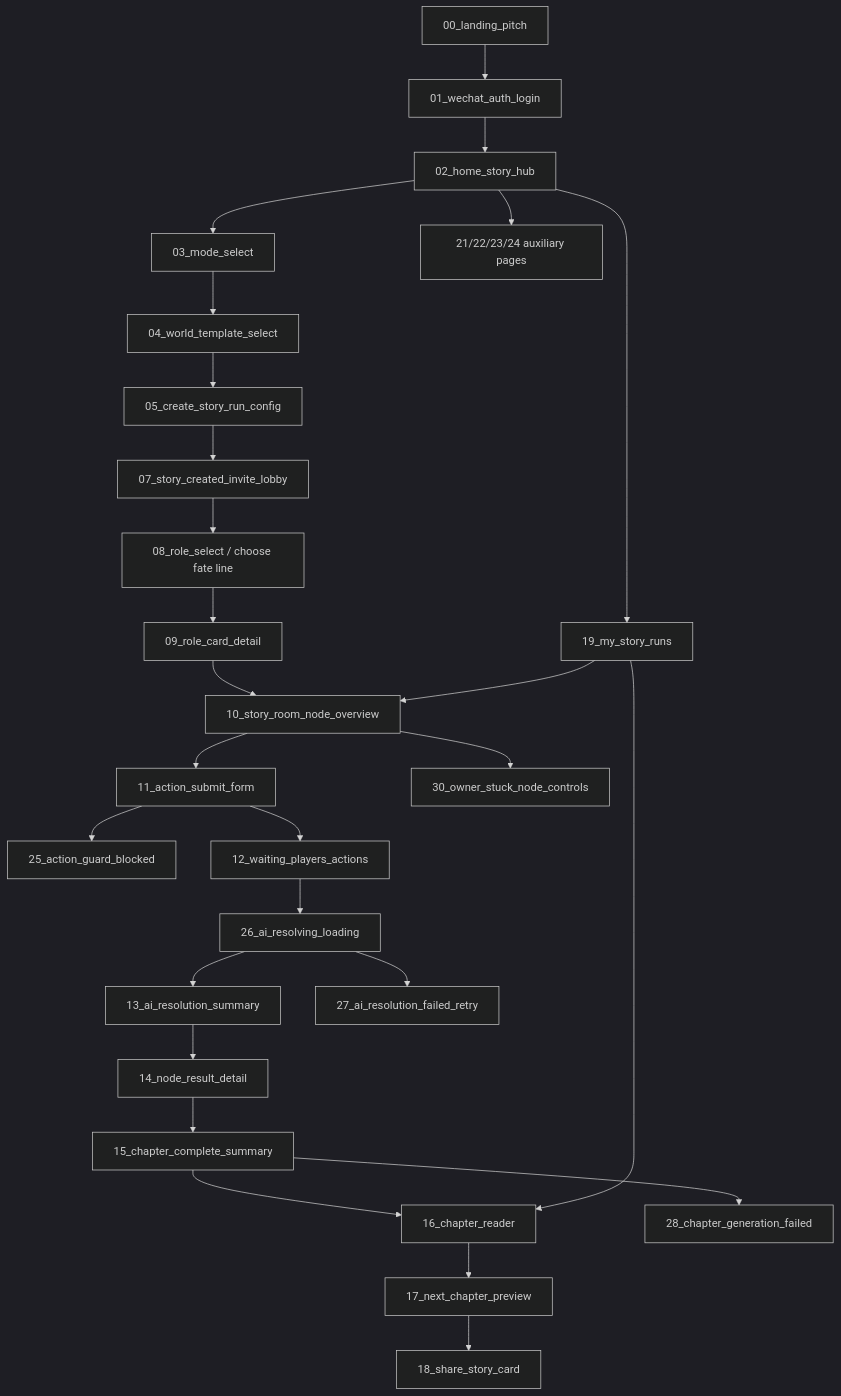
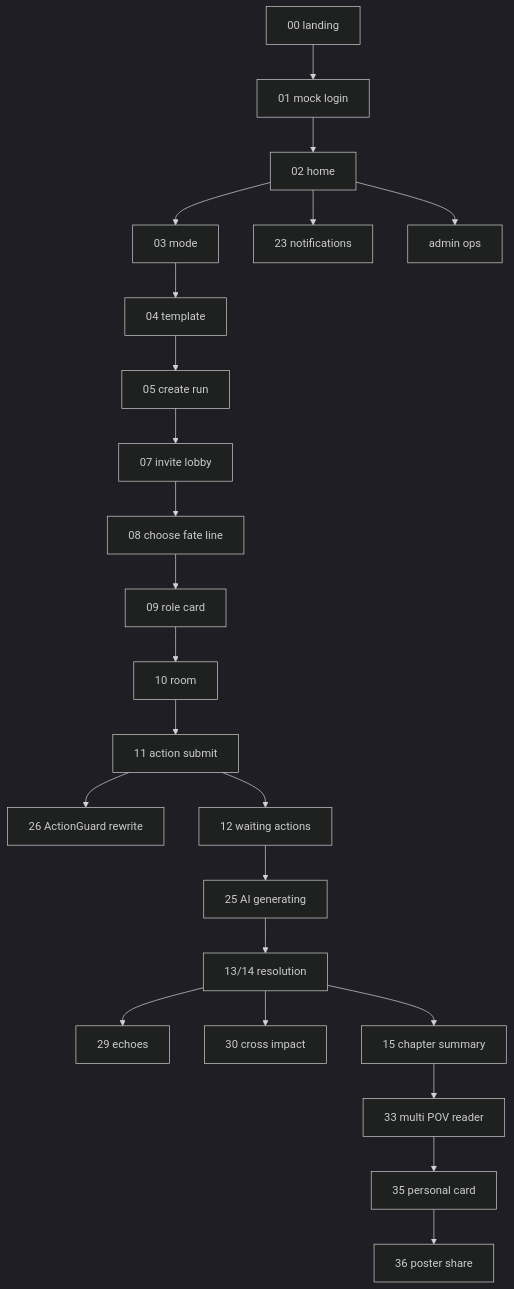
Before and after one commit to forwardFish/aiStoryRoom: the diagram in docs/UI/2/README_UI_FLOW.md, drawn with Mermaid (dark theme). The commit also changed other lines of this file and 98 other files, not shown here.

````diff
--- a/docs/UI/2/README_UI_FLOW.md
+++ b/docs/UI/2/README_UI_FLOW.md
@@ -64,29 +116,25 @@
 ```mermaid
 flowchart TD
-  A["00_landing_pitch"] --> B["01_wechat_auth_login"]
-  B --> C["02_home_story_hub"]
-  C --> D["03_mode_select"]
-  D --> E["04_world_template_select"]
-  E --> F["05_create_story_run_config"]
-  F --> G["07_story_created_invite_lobby"]
-  G --> H["08_role_select / choose fate line"]
-  H --> I["09_role_card_detail"]
-  I --> J["10_story_room_node_overview"]
-  J --> K["11_action_submit_form"]
-  K --> L["25_action_guard_blocked"]
-  K --> M["12_waiting_players_actions"]
-  M --> N["26_ai_resolving_loading"]
-  N --> O["13_ai_resolution_summary"]
-  N --> P["27_ai_resolution_failed_retry"]
-  O --> Q["14_node_result_detail"]
-  Q --> R["15_chapter_complete_summary"]
-  R --> S["16_chapter_reader"]
-  R --> T["28_chapter_generation_failed"]
-  S --> U["17_next_chapter_preview"]
-  U --> V["18_share_story_card"]
-  C --> W["19_my_story_runs"]
-  W --> J
-  W --> S
-  C --> X["21/22/23/24 auxiliary pages"]
-  J --> Y["30_owner_stuck_node_controls"]
+  A[00 landing] --> B[01 mock login]
+  B --> C[02 home]
+  C --> D[03 mode]
+  D --> E[04 template]
+  E --> F[05 create run]
+  F --> G[07 invite lobby]
+  G --> H[08 choose fate line]
+  H --> I[09 role card]
+  I --> J[10 room]
+  J --> K[11 action submit]
+  K --> L[26 ActionGuard rewrite]
+  K --> M[12 waiting actions]
+  M --> N[25 AI generating]
+  N --> O[13/14 resolution]
+  O --> P[29 echoes]
+  O --> Q[30 cross impact]
+  O --> R[15 chapter summary]
+  R --> S[33 multi POV reader]
+  S --> T[35 personal card]
+  T --> U[36 poster share]
+  C --> V[23 notifications]
+  C --> W[admin ops]
 ```
````
